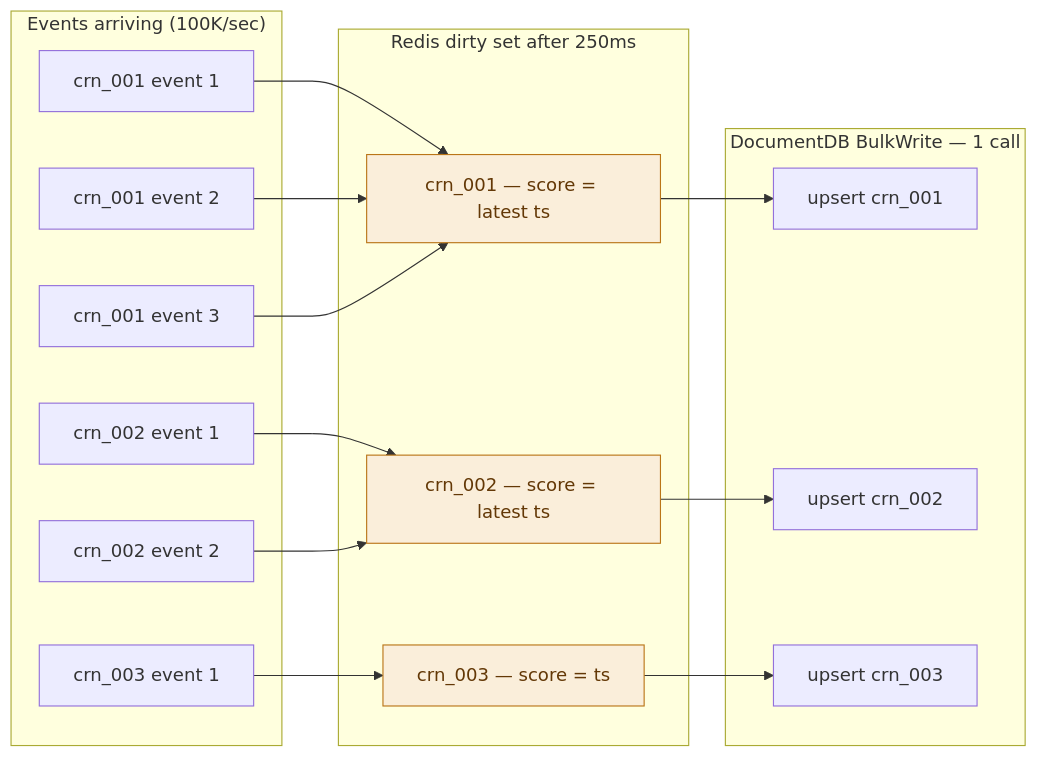
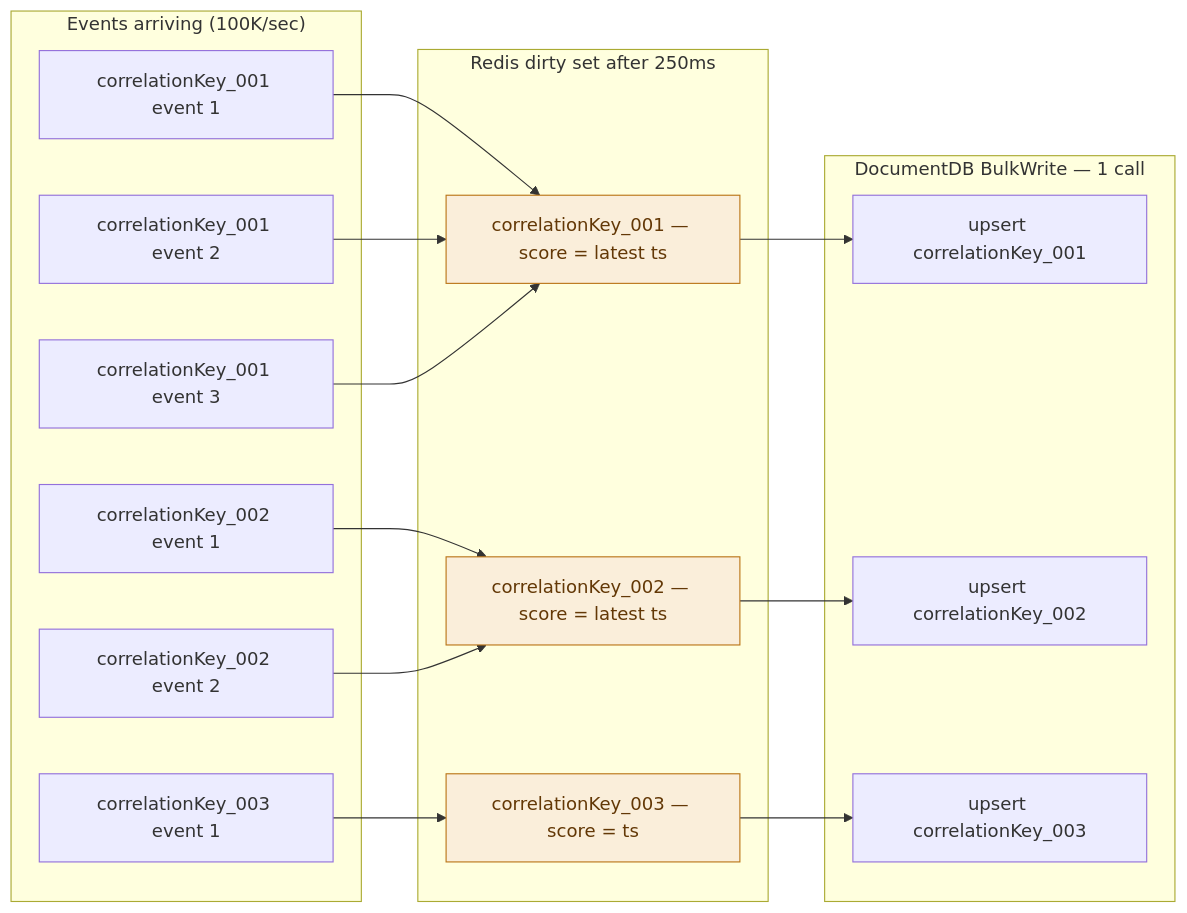
One commit to hussainpithawala/sluice-go changed the fourth of 10 diagrams in README.md. Above: the diagram before and after it, drawn with Mermaid. The commit also changed other lines of this file and 15 other files, not shown here.

First line of the commit message:
refactor(core, examples, tests): replace `crn` with `correlationKey` for consistency

````diff
--- a/README.md
+++ b/README.md
@@ -110,37 +110,37 @@
 ```mermaid
 flowchart LR
     subgraph IN ["Events arriving (100K/sec)"]
-        E1["crn_001 event 1"]
-        E2["crn_002 event 1"]
-        E3["crn_001 event 2"]
-        E4["crn_003 event 1"]
-        E5["crn_001 event 3"]
-        E6["crn_002 event 2"]
+        E1["correlationKey_001 event 1"]
+        E2["correlationKey_002 event 1"]
+        E3["correlationKey_001 event 2"]
+        E4["correlationKey_003 event 1"]
+        E5["correlationKey_001 event 3"]
+        E6["correlationKey_002 event 2"]
     end
 
     subgraph RDS ["Redis dirty set after 250ms"]
-        D1["crn_001 — score = latest ts"]
-        D2["crn_002 — score = latest ts"]
-        D3["crn_003 — score = ts"]
+        D1["correlationKey_001 — score = latest ts"]
+        D2["correlationKey_002 — score = latest ts"]
+        D3["correlationKey_003 — score = ts"]
     end
 
     subgraph BW ["DocumentDB BulkWrite — 1 call"]
-        B1[upsert crn_001]
-        B2[upsert crn_002]
-        B3[upsert crn_003]
+        B1[upsert correlationKey_001]
+        B2[upsert correlationKey_002]
+        B3[upsert correlationKey_003]
     end
 
     E1 --> D1
     E2 --> D2
     E3 --> D1
     E4 --> D3
     E5 --> D1
     E6 --> D2
     D1 --> B1
     D2 --> B2
     D3 --> B3
 
     style D1 fill:#FAEEDA,stroke:#BA7517,color:#633806
     style D2 fill:#FAEEDA,stroke:#BA7517,color:#633806
     style D3 fill:#FAEEDA,stroke:#BA7517,color:#633806
 ```
````
